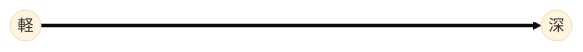
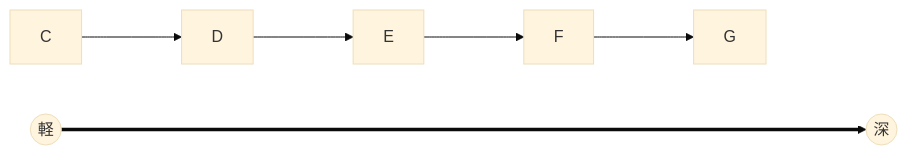
One commit to zanjibar/zanjibar.github.io changed the diagram in w.md. Above: the diagram before and after it, drawn with Mermaid (base theme).

````diff
--- a/w.md
+++ b/w.md
@@ -3,4 +3,5 @@
 ```mermaid
 graph LR
 A((軽))============>B((深))
+C--->D--->E--->F--->G
 ```
````
